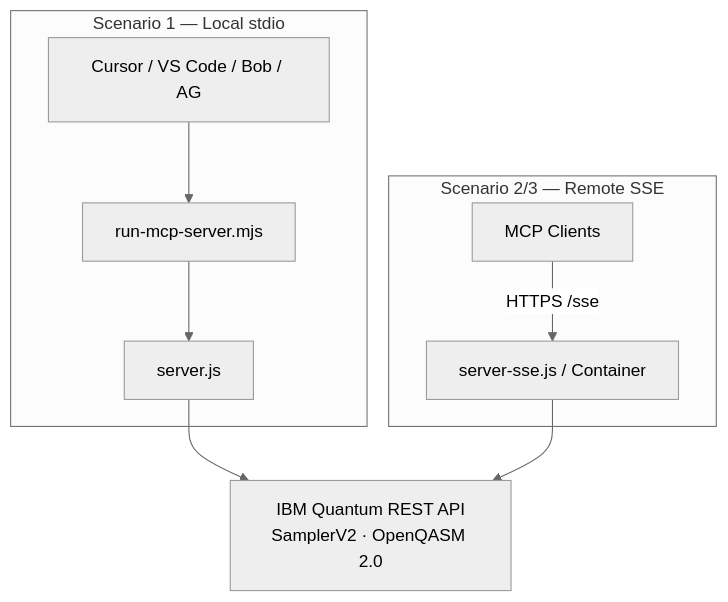
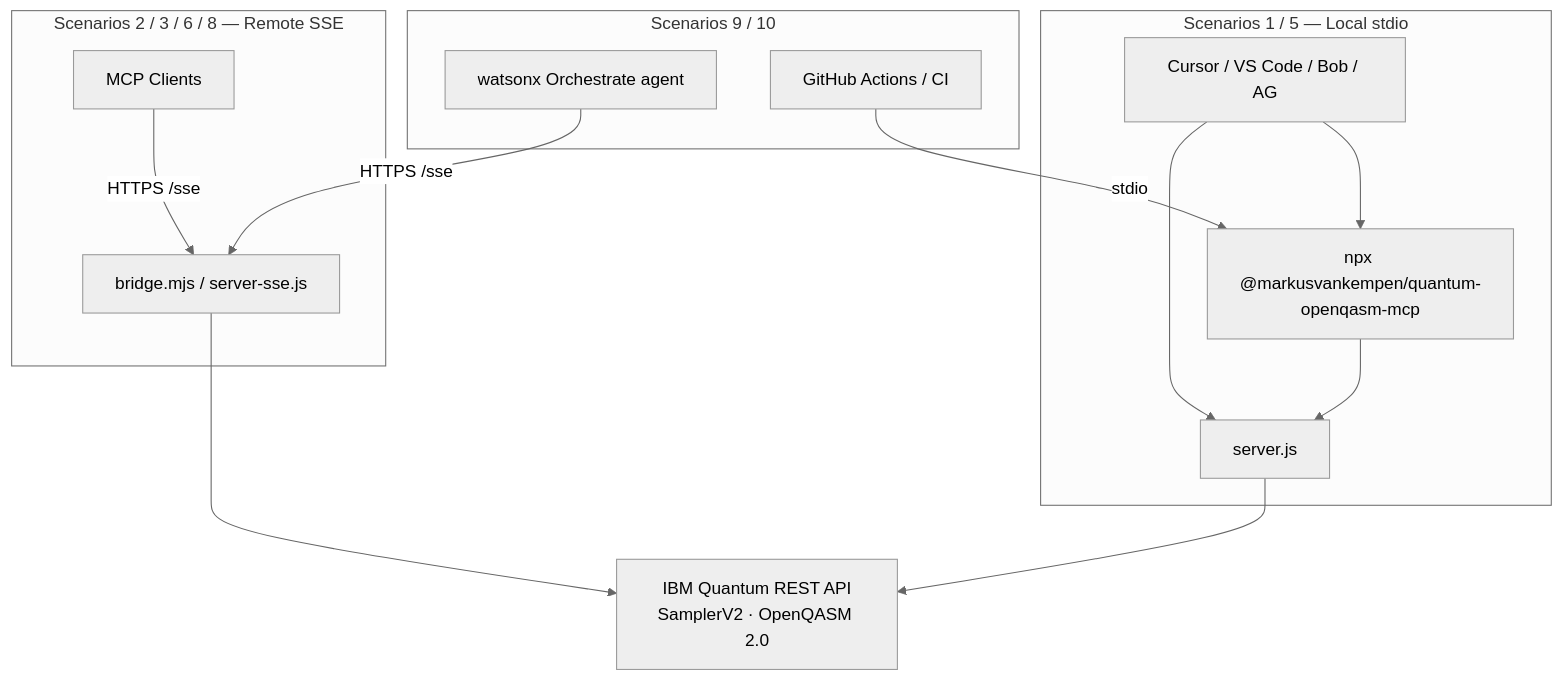
One commit to markusvankempen/quantum-openqasm-assistant changed the second of 11 diagrams in docs/deployments/DEPLOYMENT-SCENARIOS.md. Above: the diagram before and after it, drawn with Mermaid (neutral theme). The commit also changed other lines of this file and 18 other files, not shown here.

First line of the commit message:
Publish deployment scenarios 5–10 and remote MCP documentation.

````diff
--- a/docs/deployments/DEPLOYMENT-SCENARIOS.md
+++ b/docs/deployments/DEPLOYMENT-SCENARIOS.md
@@ -23,18 +53,26 @@
 ```mermaid
 graph TB
-    subgraph local [Scenario 1 — Local stdio]
+    subgraph local [Scenarios 1 / 5 — Local stdio]
         IDE1[Cursor / VS Code / Bob / AG]
-        Launcher[run-mcp-server.mjs]
+        NPX[npx @markusvankempen/quantum-openqasm-mcp]
         Server1[server.js]
     end
 
-    subgraph remote [Scenario 2/3 — Remote SSE]
+    subgraph remote [Scenarios 2 / 3 / 6 / 8 — Remote SSE]
         IDE2[MCP Clients]
-        SSE[server-sse.js / Container]
+        SSE[bridge.mjs / server-sse.js]
+    end
+
+    subgraph other [Scenarios 9 / 10]
+        WxO[watsonx Orchestrate agent]
+        GHA[GitHub Actions / CI]
     end
 
     IBM[IBM Quantum REST API<br/>SamplerV2 · OpenQASM 2.0]
 
-    IDE1 --> Launcher --> Server1 --> IBM
+    IDE1 --> NPX --> Server1 --> IBM
+    IDE1 --> Server1
     IDE2 -->|HTTPS /sse| SSE --> IBM
+    WxO -->|HTTPS /sse| SSE
+    GHA -->|stdio| NPX
 ```
````
